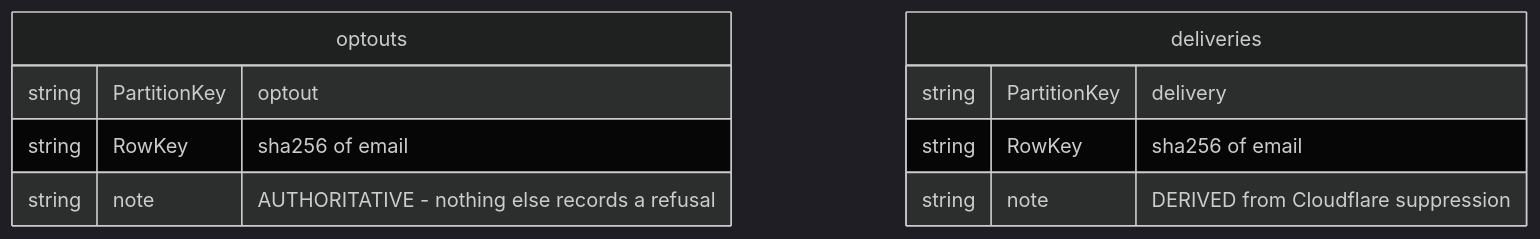
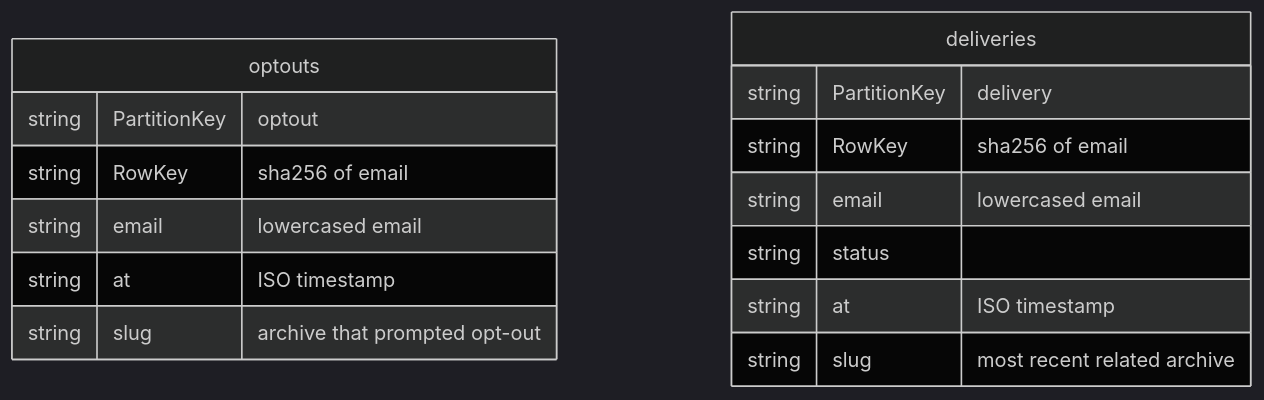
Diagram 12 of 18 in docs/architecture.md (kurtzeborn/mission-journal), drawn with Mermaid (dark theme) before and after one commit. The commit also changed other lines of this file, not shown here.

First line of the commit message:
Clarify table architecture diagrams

````diff
--- a/docs/architecture.md
+++ b/docs/architecture.md
@@ -239,13 +309,18 @@
 ```mermaid
 erDiagram
     optouts {
         string PartitionKey "optout"
         string RowKey "sha256 of email"
-        string note "AUTHORITATIVE - nothing else records a refusal"
+        string email "lowercased email"
+        string at "ISO timestamp"
+        string slug "archive that prompted opt-out"
     }
     deliveries {
         string PartitionKey "delivery"
         string RowKey "sha256 of email"
-        string note "DERIVED from Cloudflare suppression"
+        string email "lowercased email"
+        string status
+        string at "ISO timestamp"
+        string slug "most recent related archive"
     }
 ```
````
